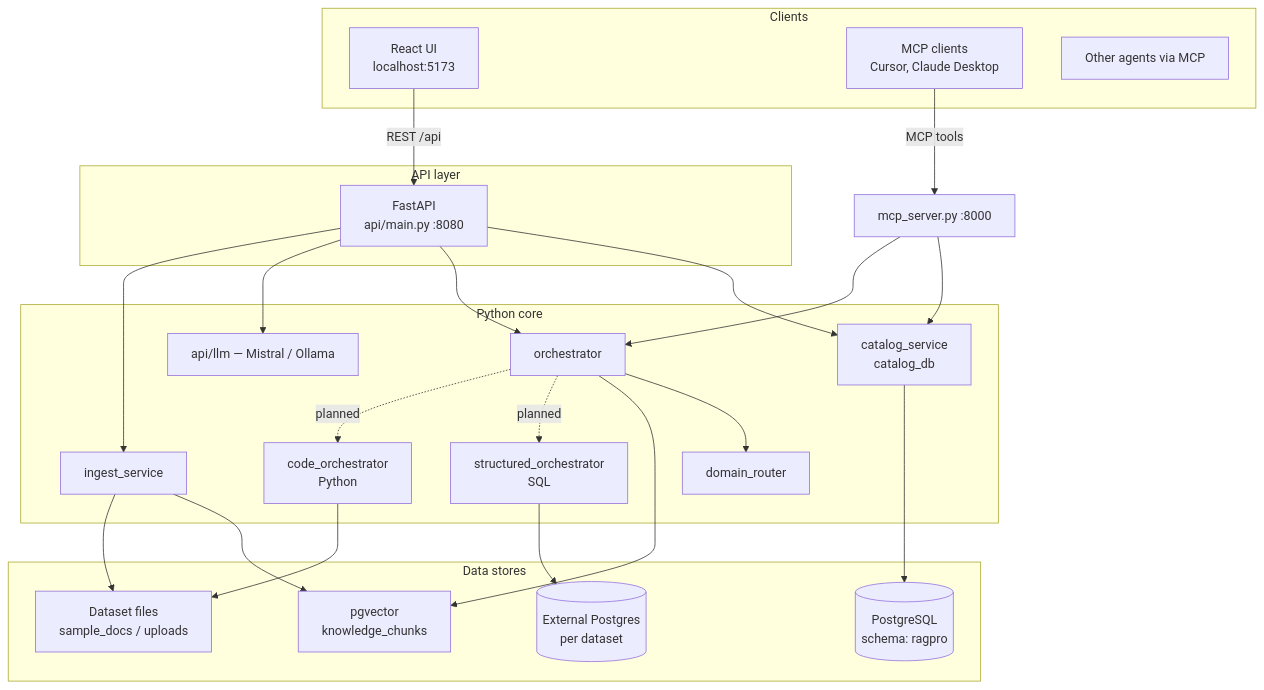
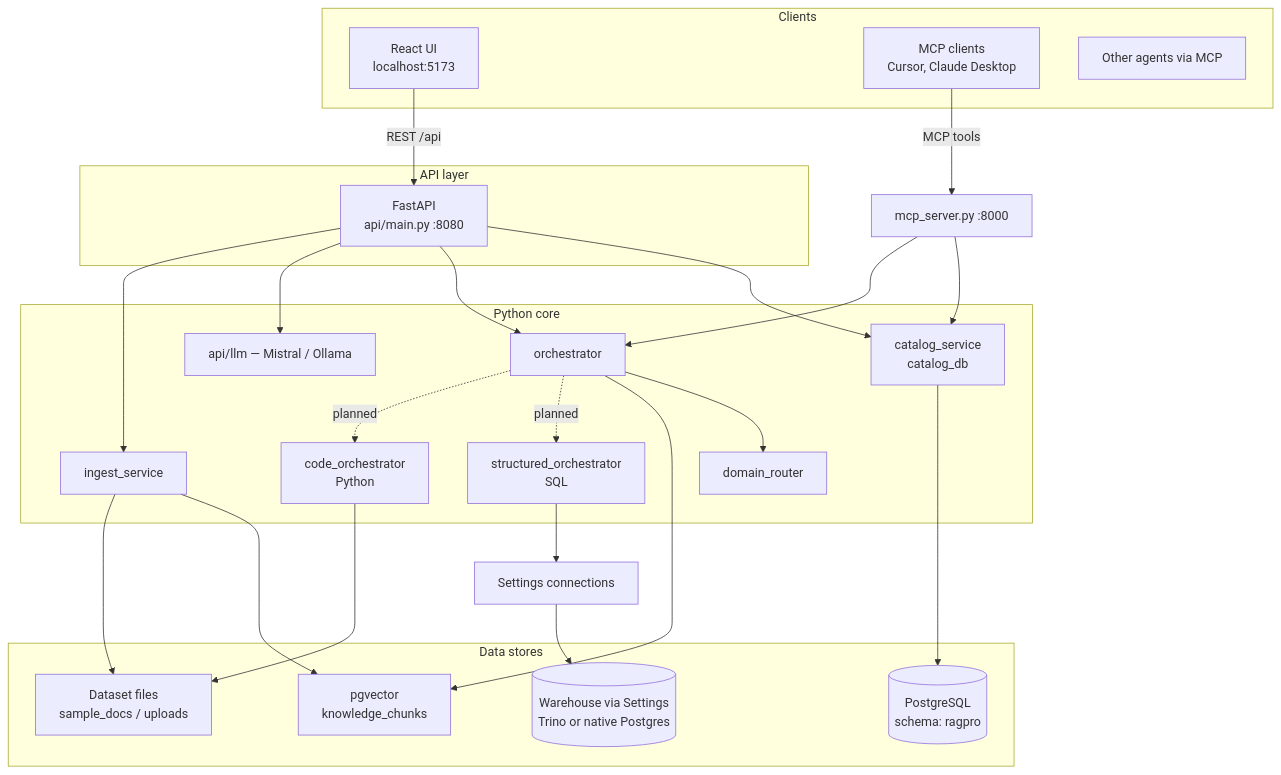
Before and after one commit to siva18k/datapro_ai: the first of 4 diagrams in docs/architecture.md, drawn with Mermaid. The commit also changed 19 other files, not shown here.

First line of the commit message:
Reuse Settings connections for structured SQL and let Ask/Analytics runs be stopped.

````diff
--- a/docs/architecture.md
+++ b/docs/architecture.md
@@ -7,50 +7,51 @@
 ```mermaid
 flowchart TB
     subgraph clients [Clients]
         Web[React UI<br/>localhost:5173]
         MCP[MCP clients<br/>Cursor, Claude Desktop]
         Agents[Other agents via MCP]
     end
 
     subgraph api_layer [API layer]
         FastAPI[FastAPI<br/>api/main.py :8080]
     end
 
     subgraph core [Python core]
         Catalog[catalog_service<br/>catalog_db]
         Router[domain_router]
         Orch[orchestrator]
         Ingest[ingest_service]
         LLM[api/llm — Mistral / Ollama]
         Struct[structured_orchestrator<br/>SQL]
         Code[code_orchestrator<br/>Python]
     end
 
     subgraph data [Data stores]
         PG[(PostgreSQL<br/>schema: ragpro)]
         Vec[pgvector<br/>knowledge_chunks]
         Files[Dataset files<br/>sample_docs / uploads]
-        ExtDB[(External Postgres<br/>per dataset)]
+        ExtDB[(Warehouse via Settings<br/>Trino or native Postgres)]
     end
 
     Web -->|REST /api| FastAPI
     MCP -->|MCP tools| MCPServer[mcp_server.py :8000]
     MCPServer --> Catalog
     MCPServer --> Orch
 
     FastAPI --> Catalog
     FastAPI --> Orch
     FastAPI --> LLM
     FastAPI --> Ingest
 
     Orch --> Router
     Orch --> Vec
     Orch -.->|planned| Struct
     Orch -.->|planned| Code
 
     Catalog --> PG
     Ingest --> Vec
     Ingest --> Files
-    Struct --> ExtDB
+    Struct --> SettingsConn[Settings connections]
+    SettingsConn --> ExtDB
     Code --> Files
 ```
````
